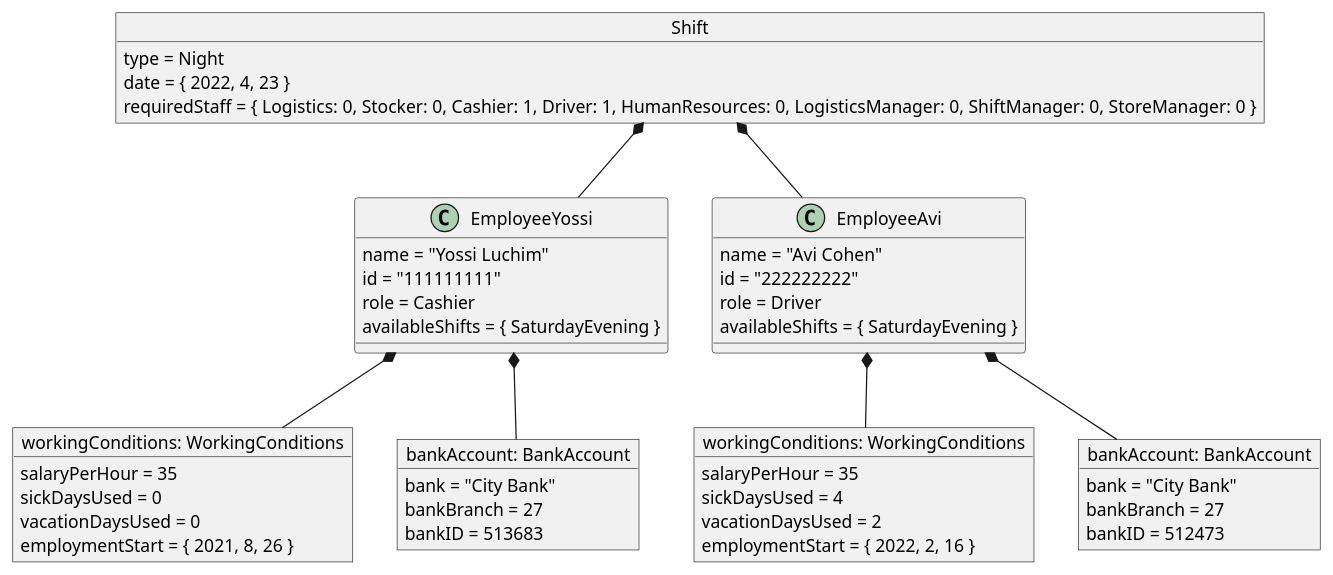
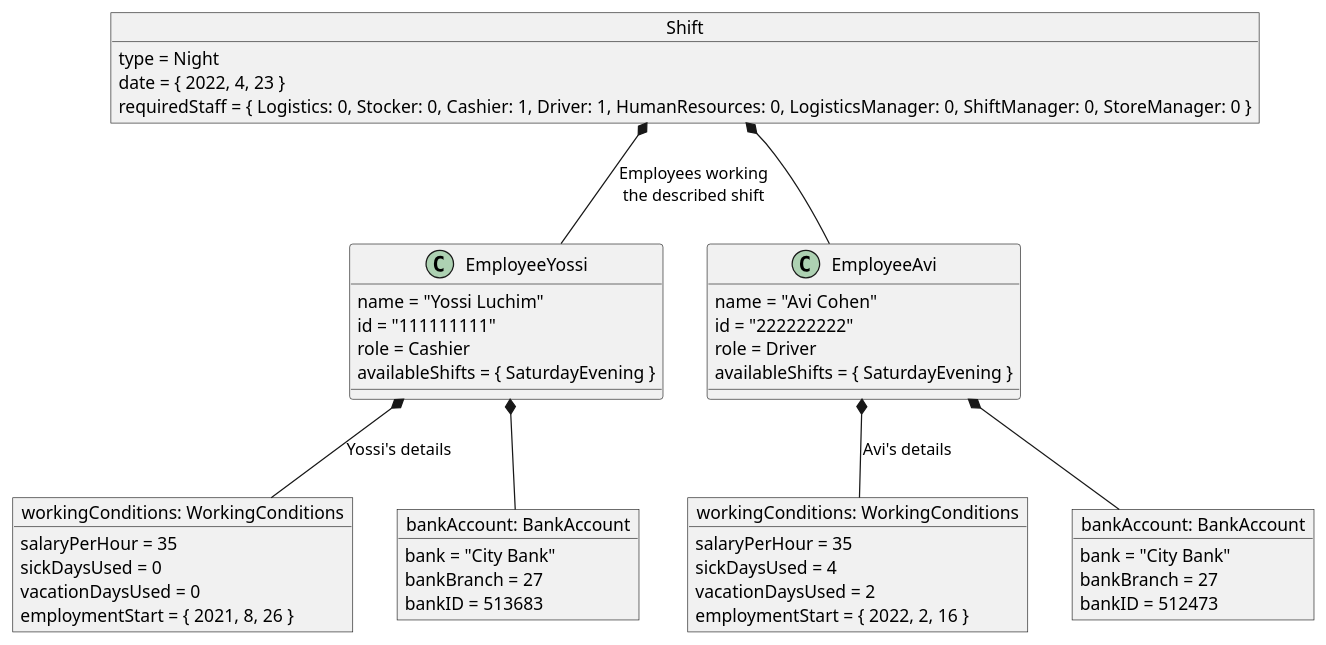
Before and after one commit to BatelBB/Analysis-Design-of-Software-Systems---Course-Prioject: the diagram in docs/object-diagram-shift.plantuml, drawn with PlantUML. The commit also changed 2 other files, not shown here.

Commit message:
Add fixed and updated class and object diagrams

```diff
--- a/docs/object-diagram-shift.plantuml
+++ b/docs/object-diagram-shift.plantuml
@@ -1,60 +1,60 @@
 @startuml
 object Shift {
   type = Night
   date = { 2022, 4, 23 }
   requiredStaff = { Logistics: 0, Stocker: 0, Cashier: 1, Driver: 1, HumanResources: 0, LogisticsManager: 0, ShiftManager: 0, StoreManager: 0 }
 }
 
-Shift *-- EmployeeYossi
+Shift *-- EmployeeYossi: Employees working\nthe described shift
 Shift *-- EmployeeAvi
 
 
 object "Yossi: Employee" as EmployeeYossi {
   name = "Yossi Luchim"
   id = "111111111"
   role = Cashier
   availableShifts = { SaturdayEvening }
 }
 
 object "workingConditions: WorkingConditions" as WorkingConditionsYossi {
   salaryPerHour = 35
   sickDaysUsed = 0
   vacationDaysUsed = 0
   employmentStart = { 2021, 8, 26 }
 }
 
 object "bankAccount: BankAccount" as BankAccountYossi {
   bank = "City Bank"
   bankBranch = 27
   bankID = 513683
 }
 
-EmployeeYossi *-- WorkingConditionsYossi
+EmployeeYossi *-- WorkingConditionsYossi: Yossi's details
 EmployeeYossi *-- BankAccountYossi
 
 
 
 
 object "Avi: Employee" as EmployeeAvi {
   name = "Avi Cohen"
   id = "222222222"
   role = Driver
   availableShifts = { SaturdayEvening }
 }
 
 object "workingConditions: WorkingConditions" as WorkingConditionsAvi {
   salaryPerHour = 35
   sickDaysUsed = 4
   vacationDaysUsed = 2
   employmentStart = { 2022, 2, 16 }
 }
 
 object "bankAccount: BankAccount" as BankAccountAvi {
   bank = "City Bank"
   bankBranch = 27
   bankID = 512473
 }
 
-EmployeeAvi *-- WorkingConditionsAvi
+EmployeeAvi *-- WorkingConditionsAvi: Avi's details
 EmployeeAvi *-- BankAccountAvi
 @enduml
```
